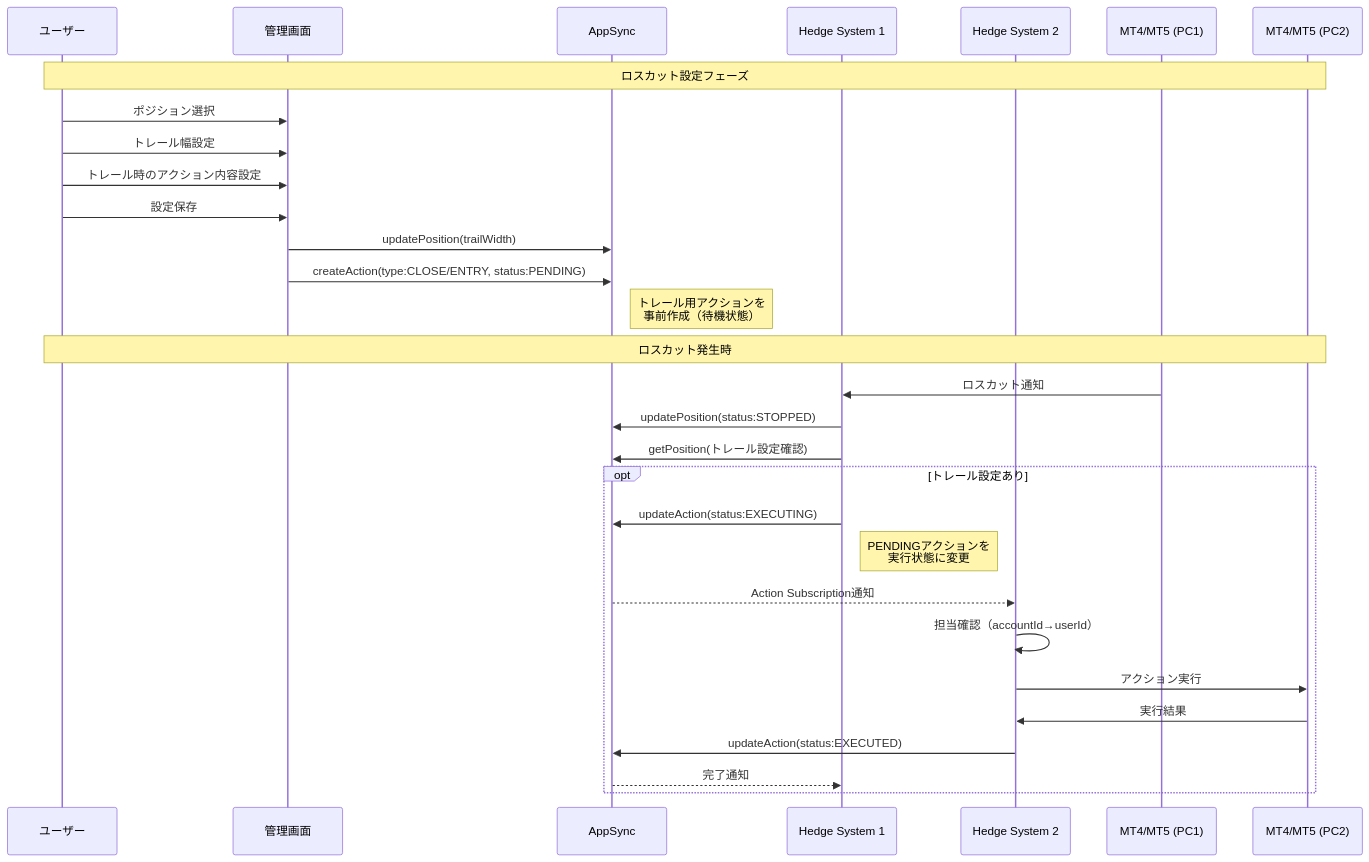
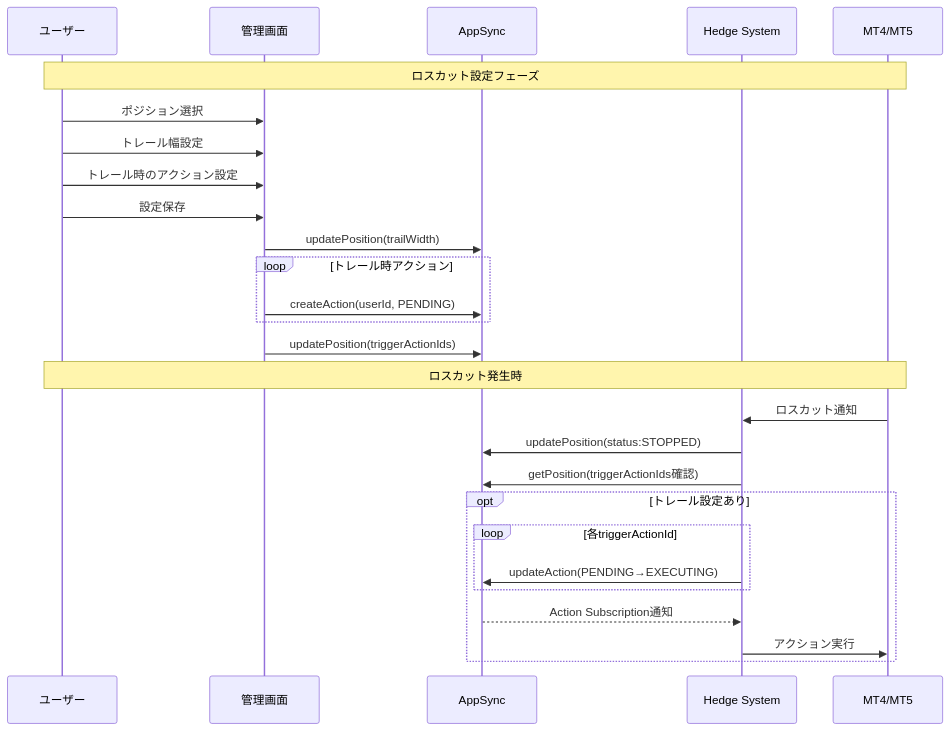
Before and after one commit to rnrnstar2/ArbitrageAssistant: the seventh of 16 diagrams in MVPシステム設計.md, drawn with Mermaid. The commit also changed other lines of this file and 111 other files, not shown here.

````diff
--- a/MVPシステム設計.md
+++ b/MVPシステム設計.md
@@ -257,34 +356,33 @@
 ```mermaid
 sequenceDiagram
     participant U as ユーザー
     participant UI as 管理画面
     participant API as AppSync
-    participant HS1 as Hedge System 1
-    participant HS2 as Hedge System 2
-    participant EA1 as MT4/MT5 (PC1)
-    participant EA2 as MT4/MT5 (PC2)
-    
-    Note over U,EA2: ロスカット設定フェーズ
+    participant HS as Hedge System
+    participant EA as MT4/MT5
+
+    Note over U,EA: ロスカット設定フェーズ
     U->>UI: ポジション選択
     U->>UI: トレール幅設定
-    U->>UI: トレール時のアクション内容設定
+    U->>UI: トレール時のアクション設定
     U->>UI: 設定保存
+
     UI->>API: updatePosition(trailWidth)
-    UI->>API: createAction(type:CLOSE/ENTRY, status:PENDING)
-    Note right of API: トレール用アクションを<br/>事前作成（待機状態）
-    
-    Note over U,EA2: ロスカット発生時
-    EA1->>HS1: ロスカット通知
-    HS1->>API: updatePosition(status:STOPPED)
-    HS1->>API: getPosition(トレール設定確認)
+    loop トレール時アクション
+        UI->>API: createAction(userId, PENDING)
+    end
+    UI->>API: updatePosition(triggerActionIds)
+
+    Note over U,EA: ロスカット発生時
+    EA->>HS: ロスカット通知
+    HS->>API: updatePosition(status:STOPPED)
+    HS->>API: getPosition(triggerActionIds確認)
+
     opt トレール設定あり
-        HS1->>API: updateAction(status:EXECUTING)
-        Note right of HS1: PENDINGアクションを<br/>実行状態に変更
-        API-->>HS2: Action Subscription通知
-        HS2->>HS2: 担当確認（accountId→userId）
-        HS2->>EA2: アクション実行
-        EA2->>HS2: 実行結果
-        HS2->>API: updateAction(status:EXECUTED)
-        API-->>HS1: 完了通知
+        loop 各triggerActionId
+            HS->>API: updateAction(PENDING→EXECUTING)
+        end
+        API-->>HS: Action Subscription通知
+        HS->>EA: アクション実行
     end
 ```
````
